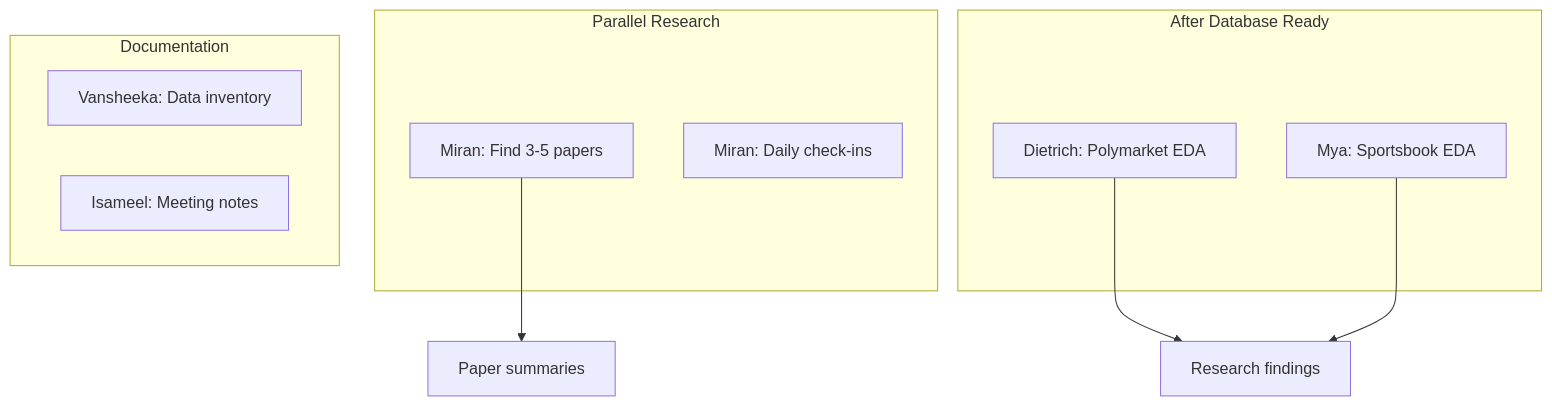
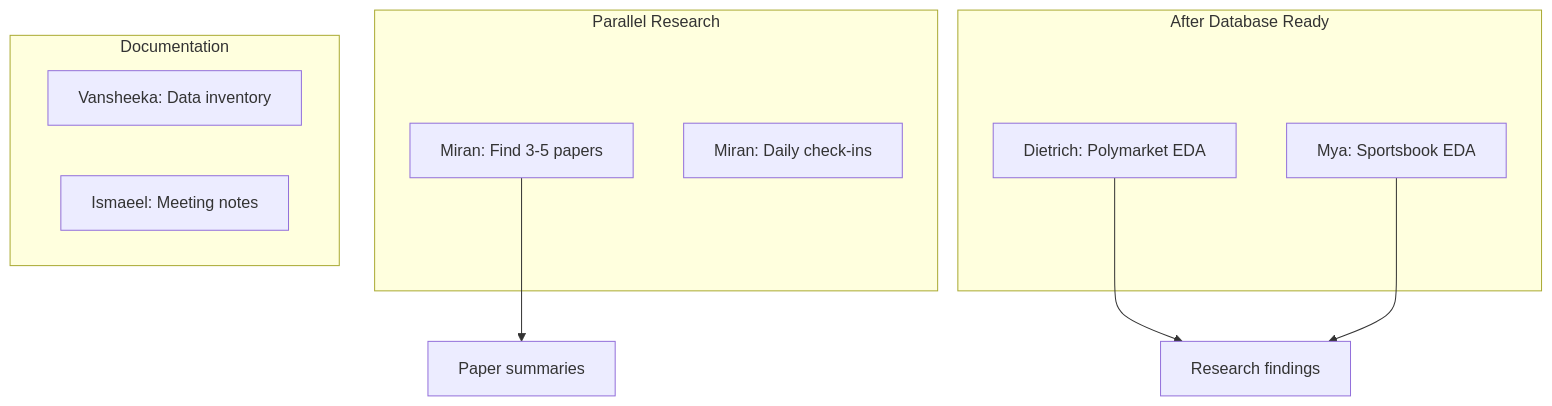
One commit to TanishqK27/CUIC_Sem2_Project changed the fifth of 5 diagrams in team/CURRENT_WEEK.md. Above: the diagram before and after it, drawn with Mermaid. The commit also changed other lines of this file and 20 other files, not shown here.

First line of the commit message:
fix: correct spelling Isameel → Ismaeel

````diff
--- a/team/CURRENT_WEEK.md
+++ b/team/CURRENT_WEEK.md
@@ -190,21 +190,21 @@
 ```mermaid
 flowchart TB
     subgraph "Parallel Research"
         MIR1[Miran: Find 3-5 papers]
         MIR2[Miran: Daily check-ins]
     end
 
     subgraph "After Database Ready"
         D_EDA[Dietrich: Polymarket EDA]
         M_EDA[Mya: Sportsbook EDA]
     end
 
     subgraph "Documentation"
         VAN[Vansheeka: Data inventory]
-        ISA[Isameel: Meeting notes]
+        ISA[Ismaeel: Meeting notes]
     end
 
     MIR1 --> MIR3[Paper summaries]
     D_EDA --> INSIGHTS[Research findings]
     M_EDA --> INSIGHTS
 ```
````
